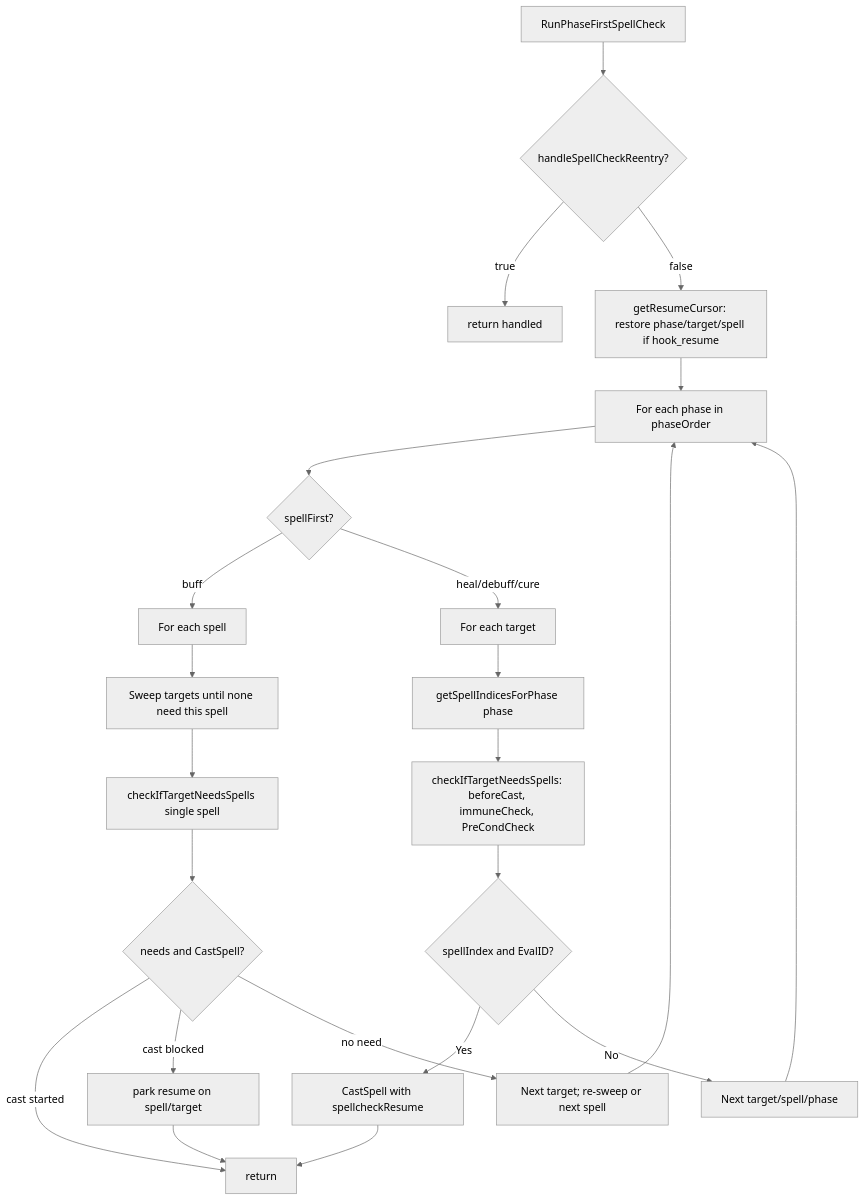
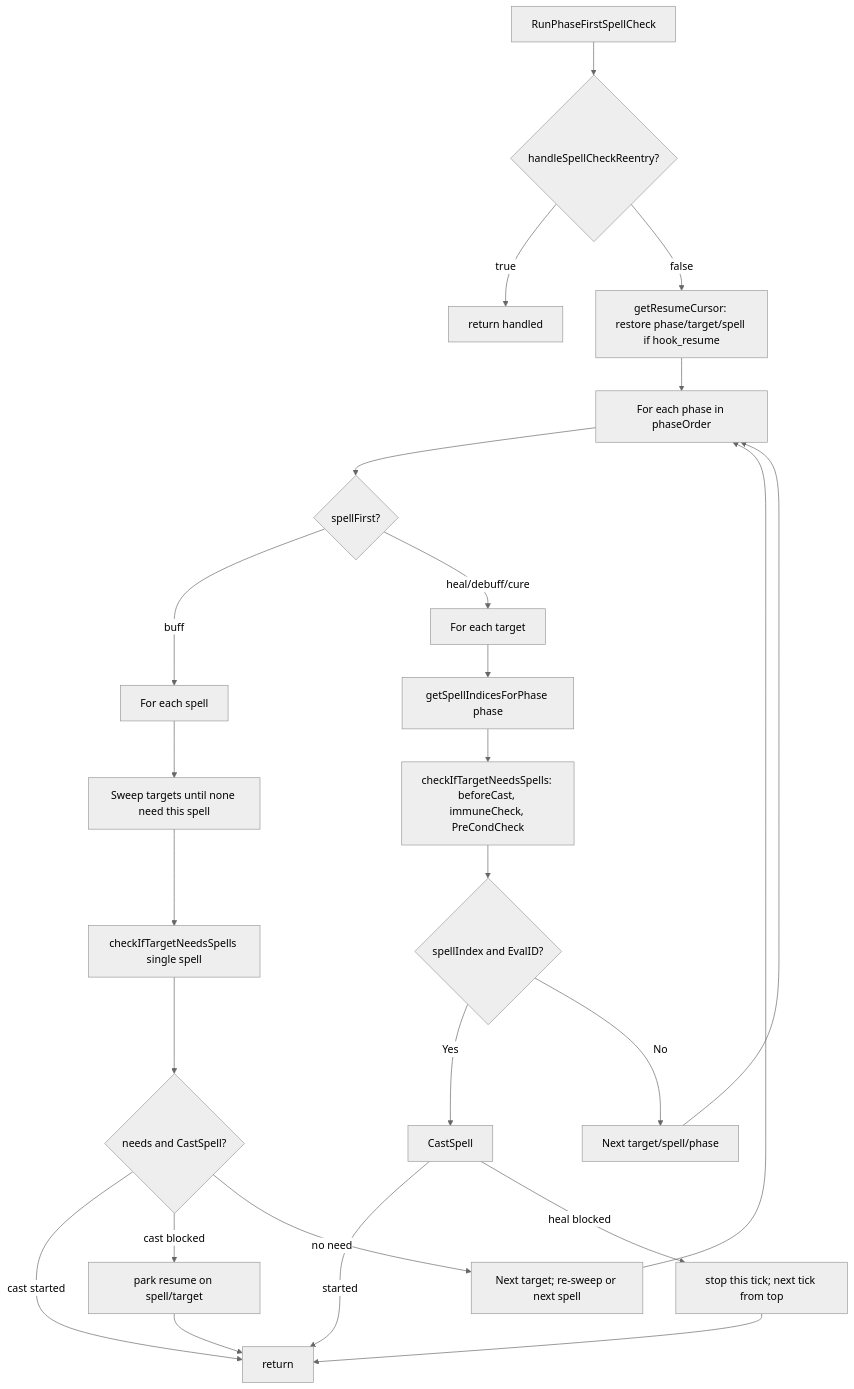
The first of 3 diagrams in docs/botlogic/spell-casting-flow.md (Cezero/czbot), drawn with Mermaid (neutral theme) before and after one commit. The commit also changed other lines of this file and 6 other files, not shown here.

````diff
--- a/docs/botlogic/spell-casting-flow.md
+++ b/docs/botlogic/spell-casting-flow.md
@@ -9,25 +9,27 @@
 ```mermaid
 flowchart TB
     Start[RunPhaseFirstSpellCheck] --> Reentry{handleSpellCheckReentry?}
     Reentry -->|true| Handled[return handled]
     Reentry -->|false| Cursor[getResumeCursor: restore phase/target/spell if hook_resume]
     Cursor --> Loop[For each phase in phaseOrder]
     Loop --> SpellFirst{spellFirst?}
     SpellFirst -->|buff| SLoop[For each spell]
     SLoop --> TLoopBuff[Sweep targets until none need this spell]
     TLoopBuff --> CheckBuff[checkIfTargetNeedsSpells single spell]
     CheckBuff --> MatchBuff{needs and CastSpell?}
     MatchBuff -->|cast started| Done[return]
     MatchBuff -->|cast blocked| Park[park resume on spell/target]
     MatchBuff -->|no need| NextBuff[Next target; re-sweep or next spell]
     SpellFirst -->|heal/debuff/cure| TLoop[For each target]
     TLoop --> Spells[getSpellIndicesForPhase phase]
     Spells --> Check[checkIfTargetNeedsSpells: beforeCast, immuneCheck, PreCondCheck]
     Check --> Match{spellIndex and EvalID?}
-    Match -->|Yes| Cast[CastSpell with spellcheckResume]
-    Cast --> Done
+    Match -->|Yes| Cast[CastSpell]
+    Cast -->|started| Done
+    Cast -->|heal blocked| HealPark[stop this tick; next tick from top]
     Match -->|No| Next[Next target/spell/phase]
+    HealPark --> Done
     Next --> Loop
     NextBuff --> Loop
     Park --> Done
 ```
````
